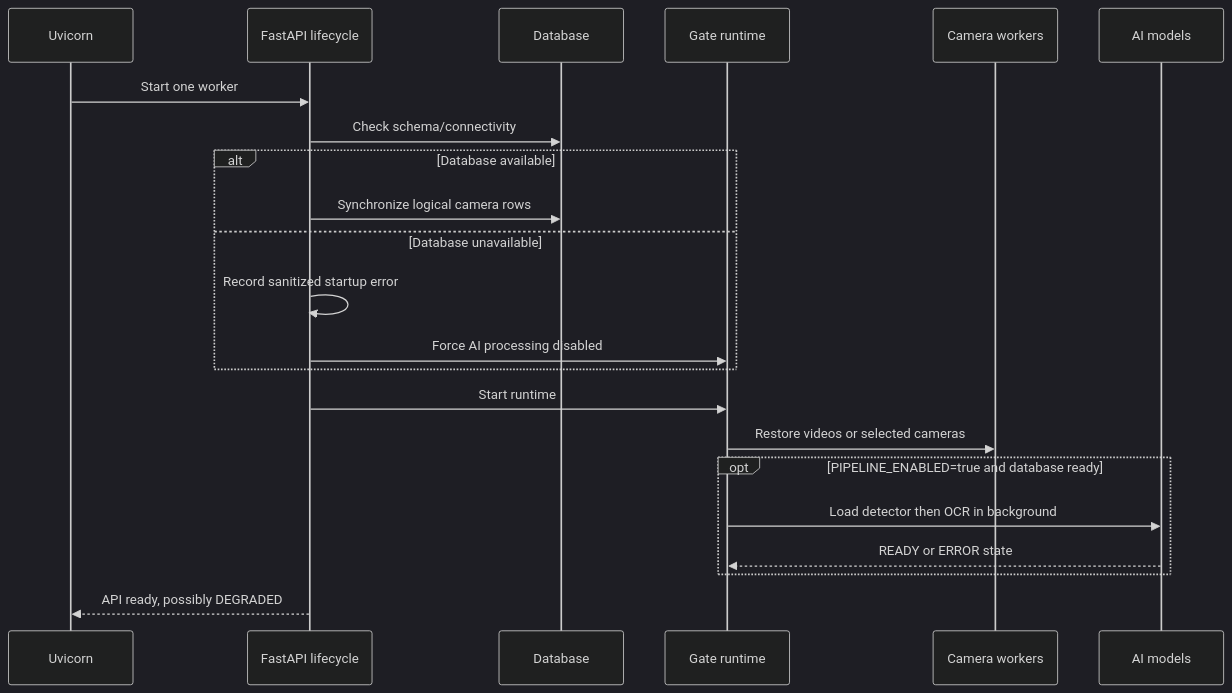
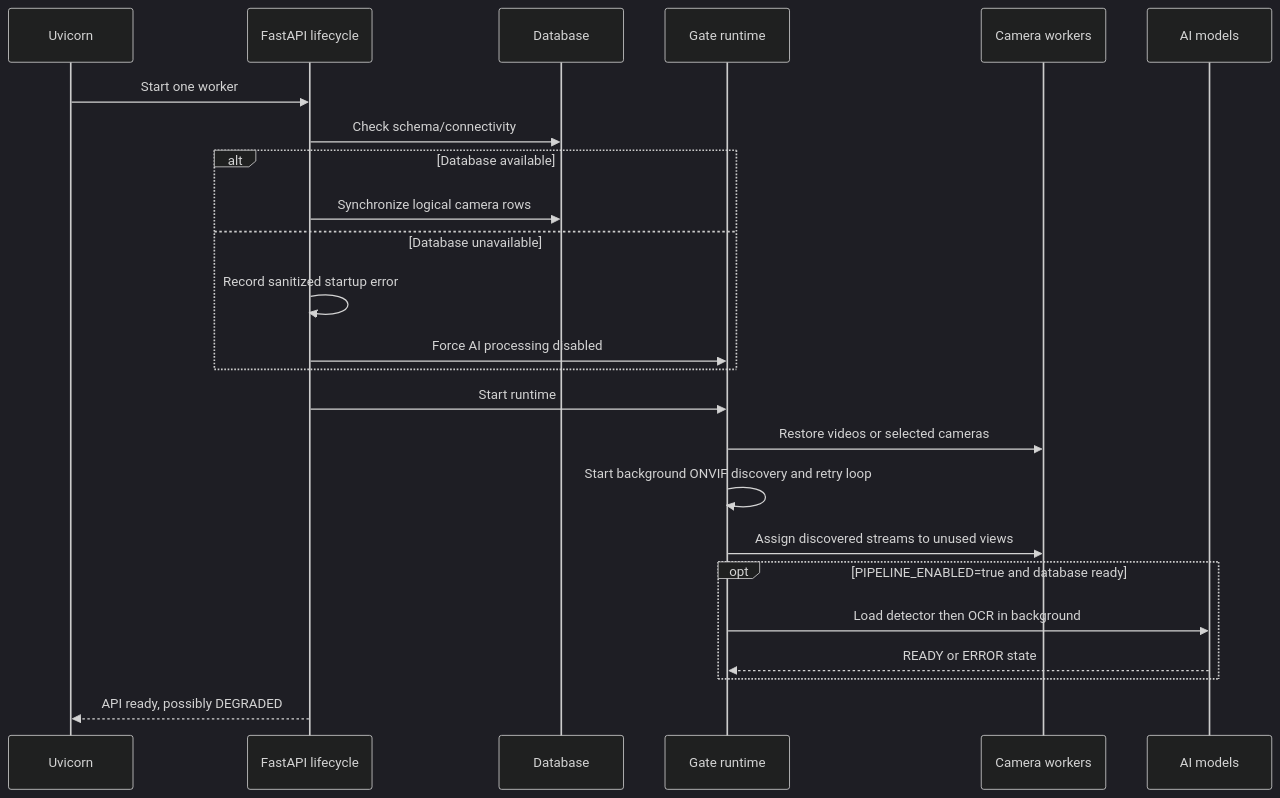
The second of 2 diagrams in docs/brain.md (PrajwalBK/Sarveshwar_CFS), drawn with Mermaid (dark theme) before and after one commit. The commit also changed other lines of this file and 34 other files, not shown here.

````diff
--- a/docs/brain.md
+++ b/docs/brain.md
@@ -141,25 +147,27 @@
 ```mermaid
 sequenceDiagram
     participant U as Uvicorn
     participant A as FastAPI lifecycle
     participant D as Database
     participant R as Gate runtime
     participant C as Camera workers
     participant M as AI models
 
     U->>A: Start one worker
     A->>D: Check schema/connectivity
     alt Database available
         A->>D: Synchronize logical camera rows
     else Database unavailable
         A->>A: Record sanitized startup error
         A->>R: Force AI processing disabled
     end
     A->>R: Start runtime
     R->>C: Restore videos or selected cameras
+    R->>R: Start background ONVIF discovery and retry loop
+    R->>C: Assign discovered streams to unused views
     opt PIPELINE_ENABLED=true and database ready
         R->>M: Load detector then OCR in background
         M-->>R: READY or ERROR state
     end
     A-->>U: API ready, possibly DEGRADED
 ```
````
